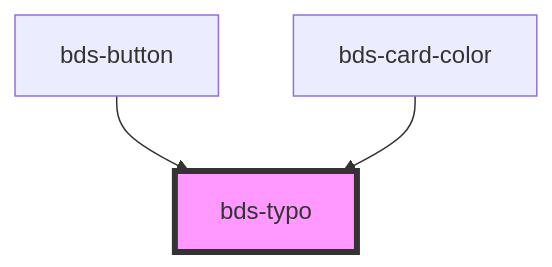
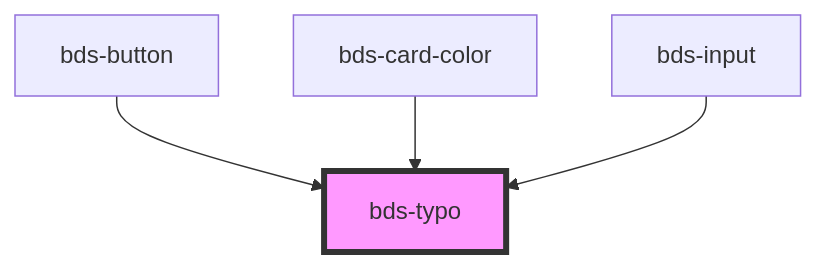
One commit to takenet/blip-ds changed the diagram in src/components/typo/readme.md. Above: the diagram before and after it, drawn with Mermaid. The commit also changed other lines of this file and 8 other files, not shown here.

````diff
--- a/src/components/typo/readme.md
+++ b/src/components/typo/readme.md
@@ -29,6 +30,7 @@
 ```mermaid
 graph TD;
   bds-button --> bds-typo
   bds-card-color --> bds-typo
+  bds-input --> bds-typo
   style bds-typo fill:#f9f,stroke:#333,stroke-width:4px
 ```
````
